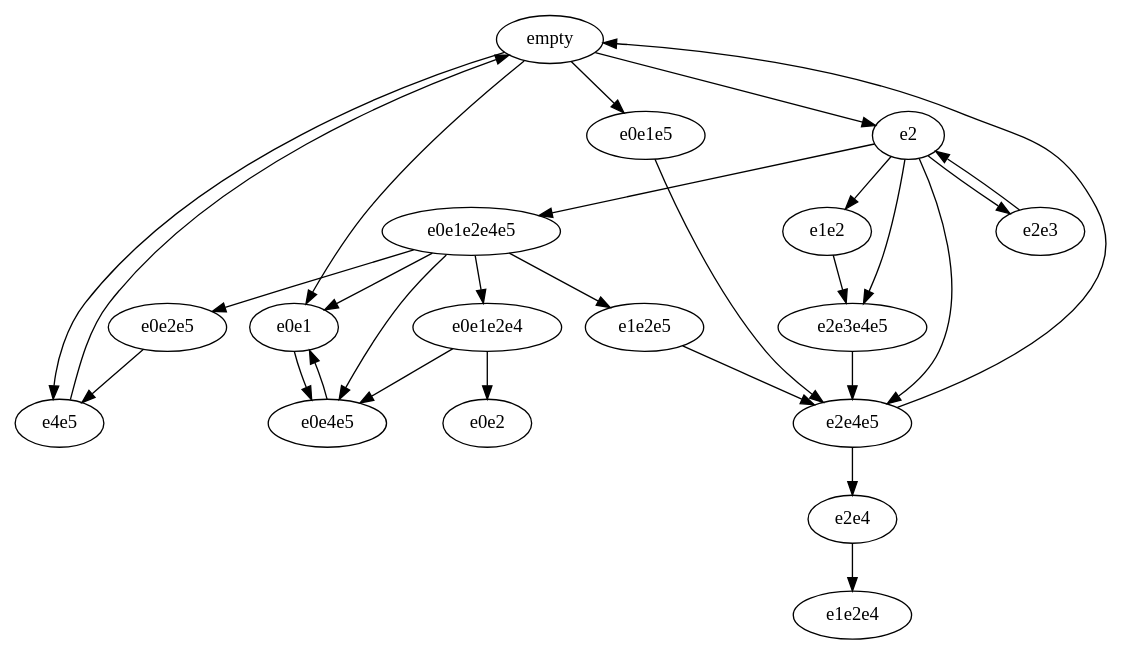
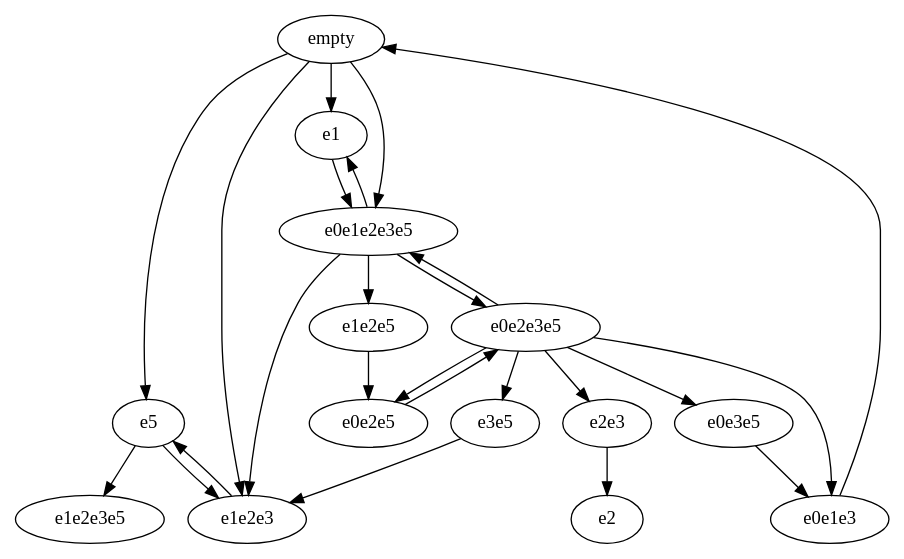
Before and after one commit to ryysd/PrototypePOR: the diagram in tmp/ats.dot, drawn with Graphviz. The commit also changed 14 other files, not shown here.

```diff
--- a/tmp/ats.dot
+++ b/tmp/ats.dot
@@ -1,32 +1,27 @@
 strict digraph {
-  empty->e4e5;
-  empty->e0e1;
-  empty->e0e1e5;
-  empty->e2;
-  e2->e2e4e5;
-  e2->e2e4e5;
-  e2->e2e3;
-  e2->e2e3e4e5;
-  e2->e1e2;
-  e2->e0e1e2e4e5;
-  e2->e1e2;
-  e1e2->e2e3e4e5;
-  e2e3e4e5->e2e4e5;
-  e2e4e5->e2e4;
-  e2e4e5->empty;
-  e2e4->e1e2e4;
-  e0e1e2e4e5->e0e2e5;
-  e0e1e2e4e5->e0e4e5;
-  e0e1e2e4e5->e0e1e2e4;
-  e0e1e2e4e5->e1e2e5;
-  e0e1e2e4e5->e0e1;
-  e0e1->e0e4e5;
-  e0e4e5->e0e1;
-  e1e2e5->e2e4e5;
-  e0e1e2e4->e0e2;
-  e0e1e2e4->e0e4e5;
-  e0e2e5->e4e5;
-  e4e5->empty;
+  empty->e5;
+  empty->e1e2e3;
+  empty->e1;
+  empty->e0e1e2e3e5;
+  empty->e5;
+  e5->e1e2e3e5;
+  e5->e1e2e3;
+  e1e2e3->e5;
+  e0e1e2e3e5->e1e2e5;
+  e0e1e2e3e5->e1e2e3;
+  e0e1e2e3e5->e0e2e3e5;
+  e0e1e2e3e5->e1;
+  e1->e0e1e2e3e5;
+  e0e2e3e5->e2e3;
+  e0e2e3e5->e0e3e5;
+  e0e2e3e5->e3e5;
+  e0e2e3e5->e0e2e5;
+  e0e2e3e5->e0e1e3;
+  e0e2e3e5->e0e1e2e3e5;
+  e0e1e3->empty;
+  e0e2e5->e0e2e3e5;
+  e3e5->e1e2e3;
+  e0e3e5->e0e1e3;
   e2e3->e2;
-  e0e1e5->e2e4e5;
+  e1e2e5->e0e2e5;
 }
```
